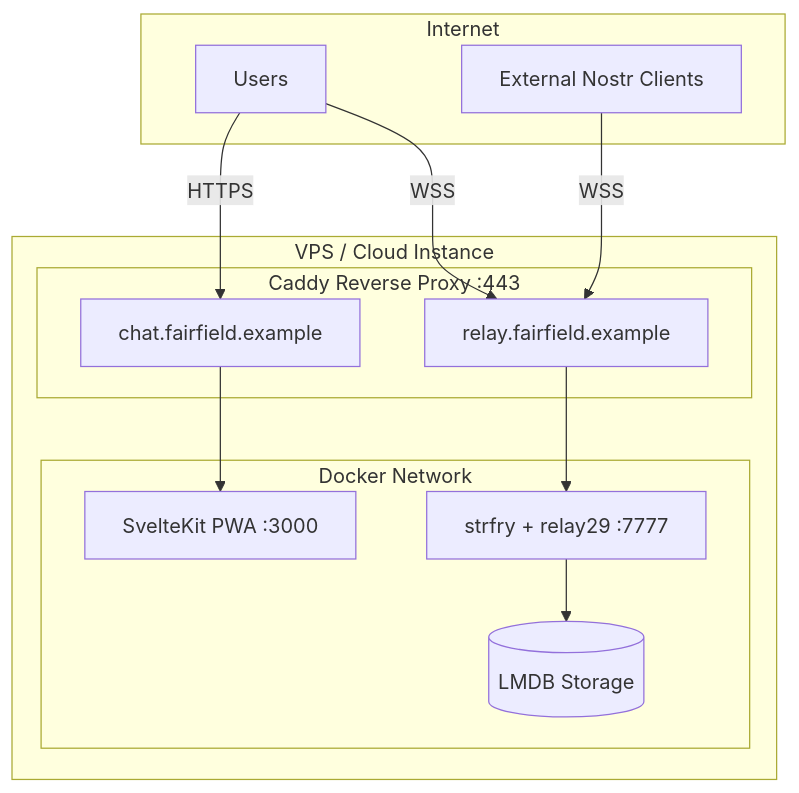
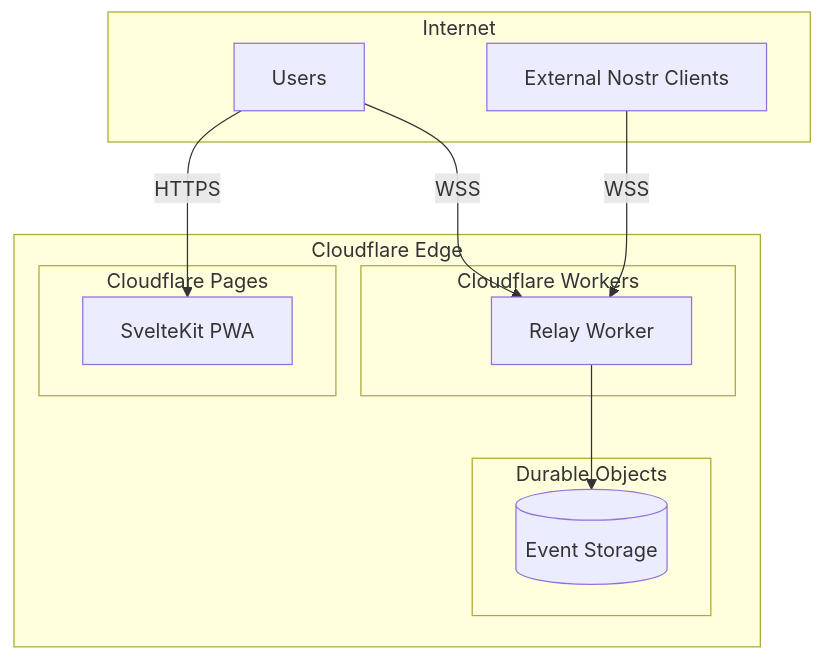
Before and after one commit to jjohare/minimoonoir: the third of 8 diagrams in docs/sparc/05-completion.md, drawn with Mermaid. The commit also changed other lines of this file and 27 other files, not shown here.

First line of the commit message:
chore: deprecate Docker architecture, update docs for serverless

````diff
--- a/docs/sparc/05-completion.md
+++ b/docs/sparc/05-completion.md
@@ -114,27 +114,26 @@
 ```mermaid
 flowchart TB
     subgraph Internet["Internet"]
         U[Users]
         EC[External Nostr Clients]
     end
 
-    subgraph Server["VPS / Cloud Instance"]
-        subgraph Caddy["Caddy Reverse Proxy :443"]
-            R1[chat.fairfield.example]
-            R2[relay.fairfield.example]
+    subgraph Cloudflare["Cloudflare Edge"]
+        subgraph Pages["Cloudflare Pages"]
+            PWA[SvelteKit PWA]
         end
 
-        subgraph Docker["Docker Network"]
-            PWA[SvelteKit PWA :3000]
-            Relay[strfry + relay29 :7777]
-            DB[(LMDB Storage)]
+        subgraph Workers["Cloudflare Workers"]
+            Relay[Relay Worker]
+        end
+
+        subgraph DO["Durable Objects"]
+            DB[(Event Storage)]
         end
     end
 
-    U -->|HTTPS| R1
-    U -->|WSS| R2
-    EC -->|WSS| R2
-    R1 --> PWA
-    R2 --> Relay
+    U -->|HTTPS| PWA
+    U -->|WSS| Relay
+    EC -->|WSS| Relay
     Relay --> DB
 ```
````
